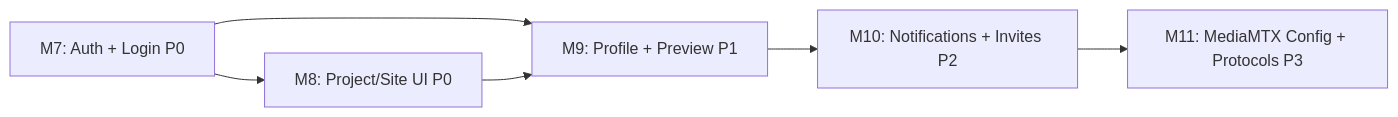
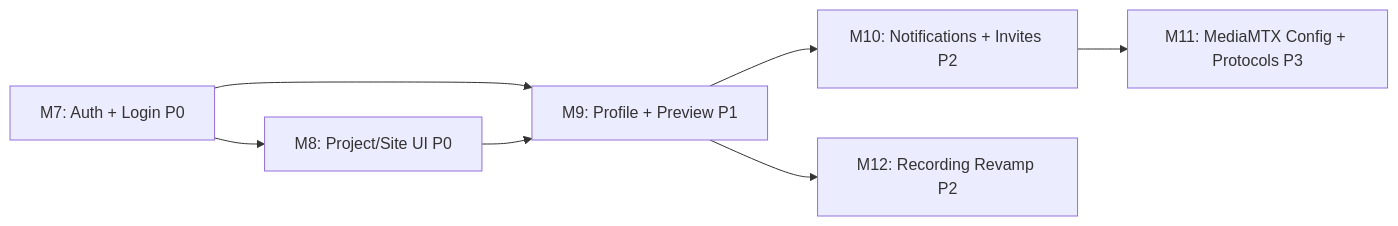
One commit to Paradoxicez/SMS-Platform changed the diagram in specs/001-cctv-streaming-platform/plan.md. Above: the diagram before and after it, drawn with Mermaid. The commit also changed other lines of this file and 1 other file, not shown here.

First line of the commit message:
docs: update plan.md and tasks.md for recording revamp (M12)

````diff
--- a/specs/001-cctv-streaming-platform/plan.md
+++ b/specs/001-cctv-streaming-platform/plan.md
@@ -55,8 +55,9 @@
 ```mermaid
 graph LR
     M7[M7: Auth + Login P0] --> M8[M8: Project/Site UI P0]
     M7 --> M9[M9: Profile + Preview P1]
     M8 --> M9
     M9 --> M10[M10: Notifications + Invites P2]
     M10 --> M11[M11: MediaMTX Config + Protocols P3]
+    M9 --> M12[M12: Recording Revamp P2]
 ```
````
